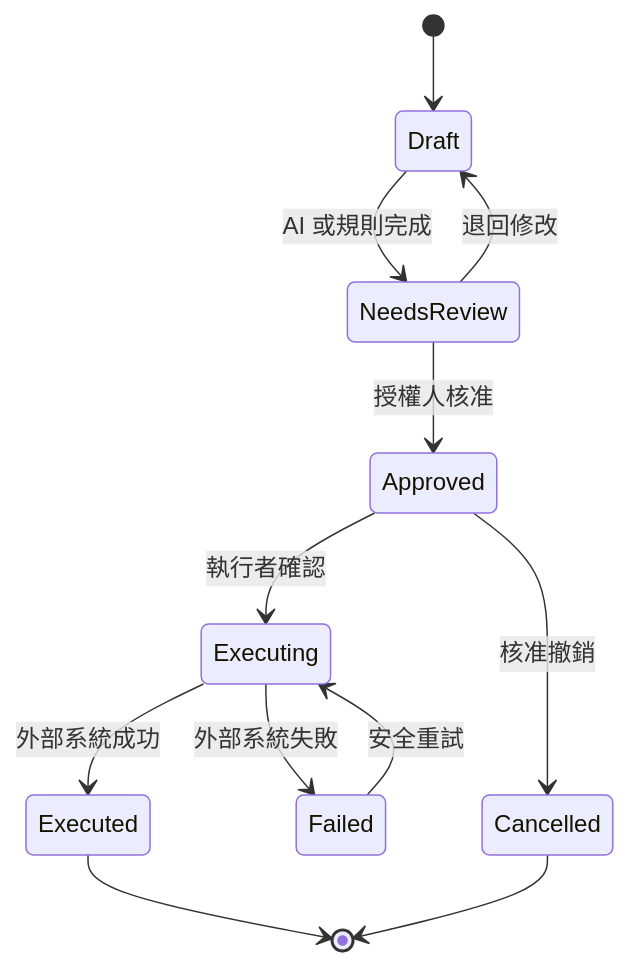
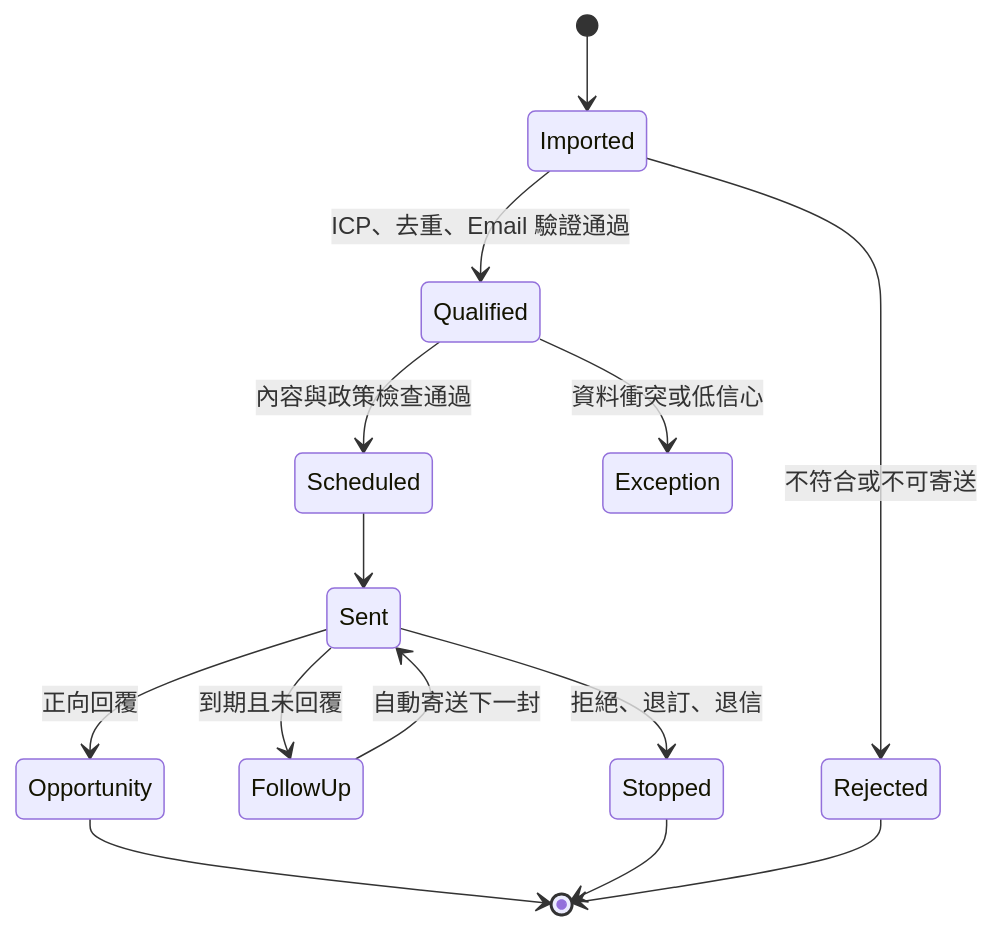
The first of 3 diagrams in 承析國際_AI系統分析與實踐書.md (LCKuo/---Agent), drawn with Mermaid before and after one commit. The commit also changed other lines of this file and 2 other files, not shown here.

Commit message:
Refocus agent on automated email customer development

````diff
--- a/承析國際_AI系統分析與實踐書.md
+++ b/承析國際_AI系統分析與實踐書.md
@@ -87,14 +102,16 @@
 ```mermaid
 stateDiagram-v2
-  [*] --> Draft
-  Draft --> NeedsReview: AI 或規則完成
-  NeedsReview --> Draft: 退回修改
-  NeedsReview --> Approved: 授權人核准
-  Approved --> Executing: 執行者確認
-  Executing --> Executed: 外部系統成功
-  Executing --> Failed: 外部系統失敗
-  Failed --> Executing: 安全重試
-  Approved --> Cancelled: 核准撤銷
-  Executed --> [*]
-  Cancelled --> [*]
+  [*] --> Imported
+  Imported --> Qualified: ICP、去重、Email 驗證通過
+  Imported --> Rejected: 不符合或不可寄送
+  Qualified --> Scheduled: 內容與政策檢查通過
+  Qualified --> Exception: 資料衝突或低信心
+  Scheduled --> Sent
+  Sent --> FollowUp: 到期且未回覆
+  FollowUp --> Sent: 自動寄送下一封
+  Sent --> Stopped: 拒絕、退訂、退信
+  Sent --> Opportunity: 正向回覆
+  Opportunity --> [*]
+  Stopped --> [*]
+  Rejected --> [*]
 ```
````
